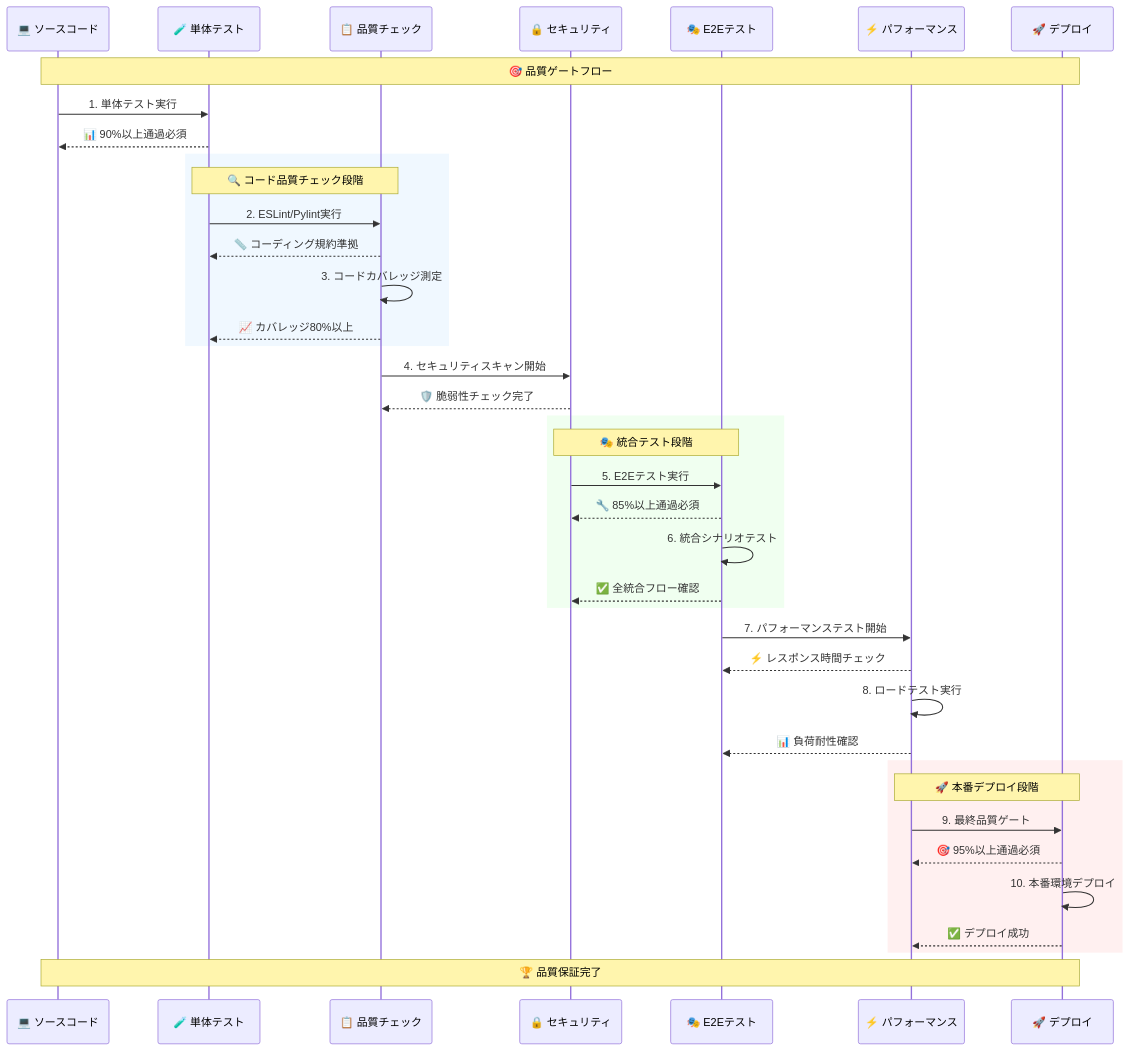
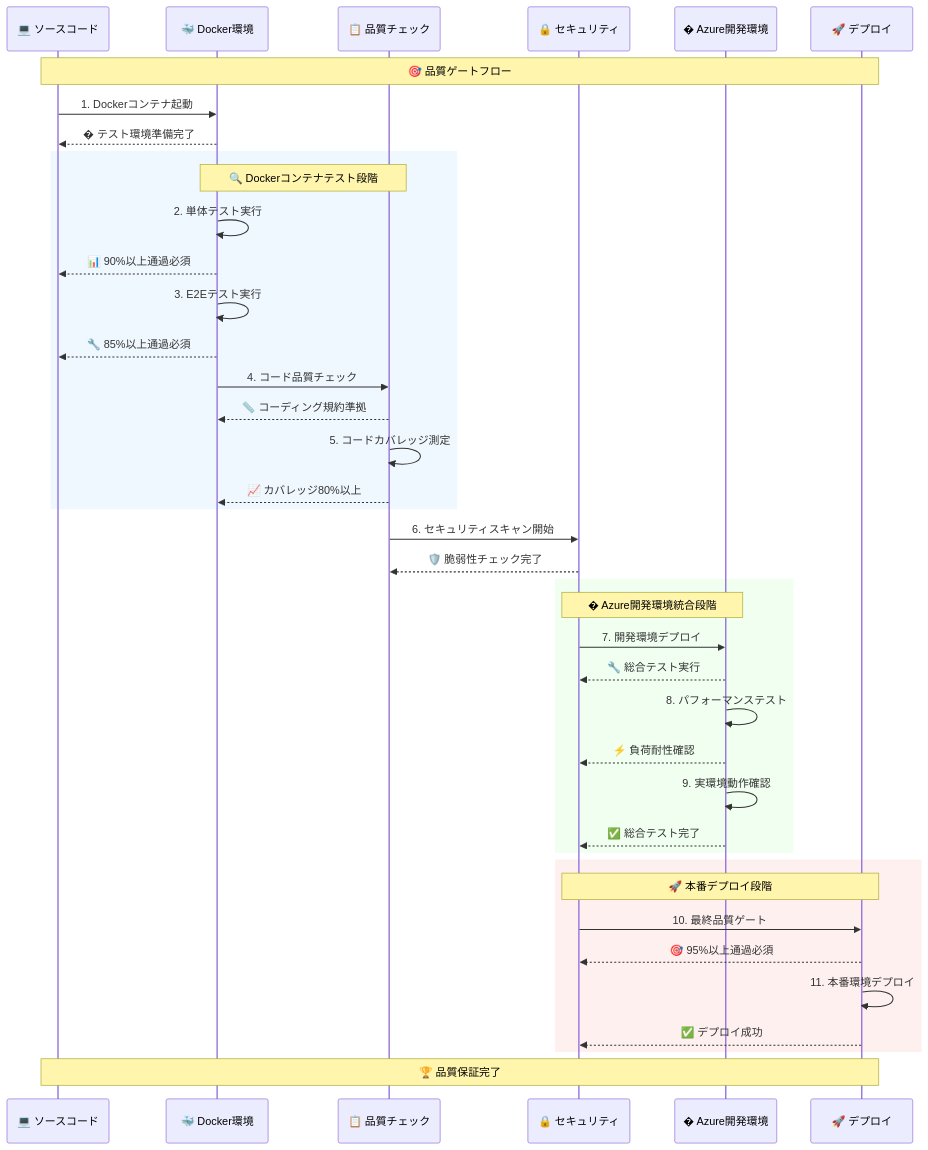
One commit to ando-front/azureDevOps changed the fourth of 4 diagrams in docs/CI_CD_GUIDE.md. Above: the diagram before and after it, drawn with Mermaid. The commit also changed other lines of this file and 2 other files, not shown here.

````diff
--- a/docs/CI_CD_GUIDE.md
+++ b/docs/CI_CD_GUIDE.md
@@ -161,49 +210,49 @@
 ```mermaid
 sequenceDiagram
     participant Code as 💻 ソースコード
-    participant Unit as 🧪 単体テスト
+    participant Docker as 🐳 Docker環境
     participant Quality as 📋 品質チェック
     participant Security as 🔒 セキュリティ
-    participant E2E as 🎭 E2Eテスト
-    participant Perf as ⚡ パフォーマンス
+    participant DevEnv as � Azure開発環境
     participant Deploy as 🚀 デプロイ
     
     Note over Code,Deploy: 🎯 品質ゲートフロー
     
-    Code->>Unit: 1. 単体テスト実行
-    Unit-->>Code: 📊 90%以上通過必須
+    Code->>Docker: 1. Dockerコンテナ起動
+    Docker-->>Code: � テスト環境準備完了
     
     rect rgb(240, 248, 255)
-        Note over Unit,Quality: 🔍 コード品質チェック段階
-        Unit->>Quality: 2. ESLint/Pylint実行
-        Quality-->>Unit: 📏 コーディング規約準拠
-        Quality->>Quality: 3. コードカバレッジ測定
-        Quality-->>Unit: 📈 カバレッジ80%以上
+        Note over Docker,Quality: 🔍 Dockerコンテナテスト段階
+        Docker->>Docker: 2. 単体テスト実行
+        Docker-->>Code: 📊 90%以上通過必須
+        Docker->>Docker: 3. E2Eテスト実行
+        Docker-->>Code: 🔧 85%以上通過必須
+        Docker->>Quality: 4. コード品質チェック
+        Quality-->>Docker: 📏 コーディング規約準拠
+        Quality->>Quality: 5. コードカバレッジ測定
+        Quality-->>Docker: 📈 カバレッジ80%以上
     end
     
-    Quality->>Security: 4. セキュリティスキャン開始
+    Quality->>Security: 6. セキュリティスキャン開始
     Security-->>Quality: 🛡️ 脆弱性チェック完了
     
     rect rgb(240, 255, 240)
-        Note over Security,E2E: 🎭 統合テスト段階
-        Security->>E2E: 5. E2Eテスト実行
-        E2E-->>Security: 🔧 85%以上通過必須
-        E2E->>E2E: 6. 統合シナリオテスト
-        E2E-->>Security: ✅ 全統合フロー確認
+        Note over Security,DevEnv: � Azure開発環境統合段階
+        Security->>DevEnv: 7. 開発環境デプロイ
+        DevEnv-->>Security: 🔧 総合テスト実行
+        DevEnv->>DevEnv: 8. パフォーマンステスト
+        DevEnv-->>Security: ⚡ 負荷耐性確認
+        DevEnv->>DevEnv: 9. 実環境動作確認
+        DevEnv-->>Security: ✅ 総合テスト完了
     end
     
-    E2E->>Perf: 7. パフォーマンステスト開始
-    Perf-->>E2E: ⚡ レスポンス時間チェック
-    Perf->>Perf: 8. ロードテスト実行
-    Perf-->>E2E: 📊 負荷耐性確認
-    
     rect rgb(255, 240, 240)
-        Note over Perf,Deploy: 🚀 本番デプロイ段階
-        Perf->>Deploy: 9. 最終品質ゲート
-        Deploy-->>Perf: 🎯 95%以上通過必須
-        Deploy->>Deploy: 10. 本番環境デプロイ
-        Deploy-->>Perf: ✅ デプロイ成功
+        Note over Security,Deploy: 🚀 本番デプロイ段階
+        Security->>Deploy: 10. 最終品質ゲート
+        Deploy-->>Security: 🎯 95%以上通過必須
+        Deploy->>Deploy: 11. 本番環境デプロイ
+        Deploy-->>Security: ✅ デプロイ成功
     end
     
     Note over Code,Deploy: 🏆 品質保証完了
 ```
````
